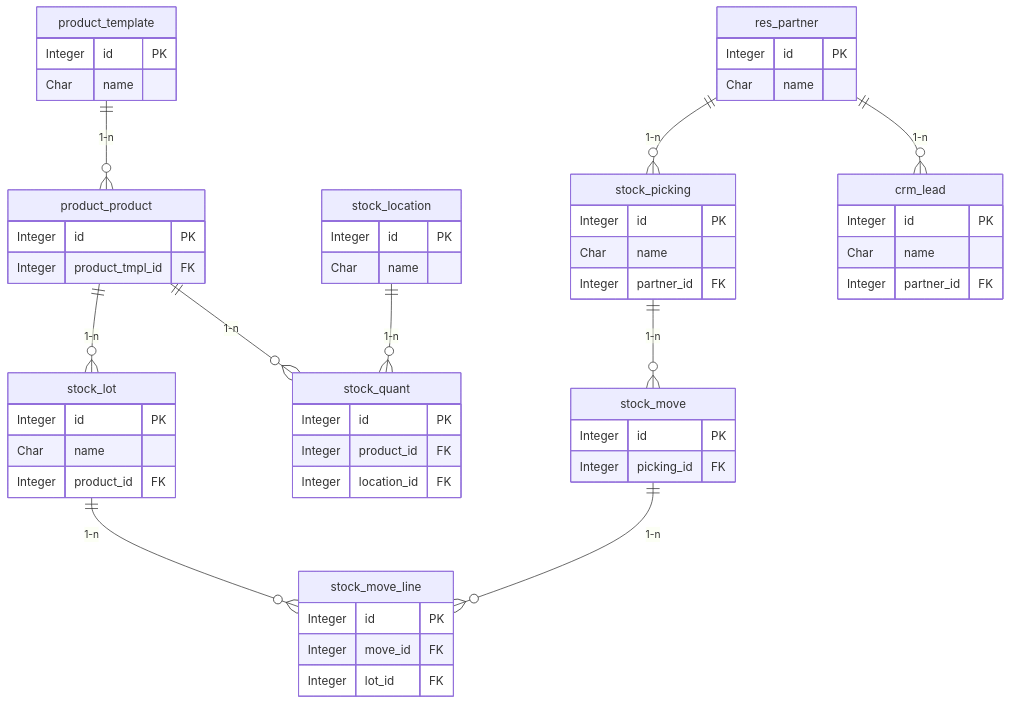
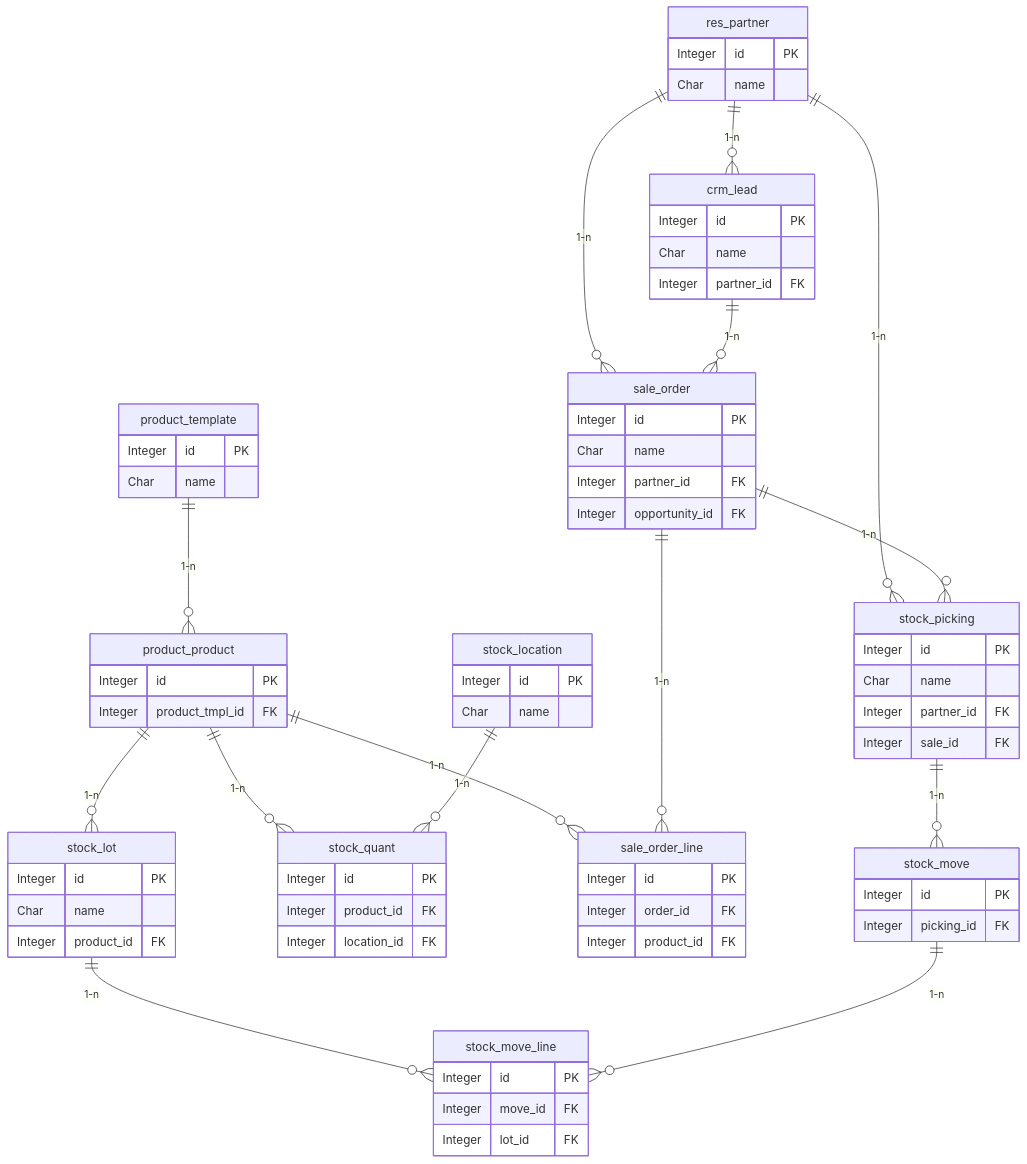
One commit to vophamk23/Odoo_Project changed the first of 2 diagrams in docs/ERD.md. Above: the diagram before and after it, drawn with Mermaid. The commit also changed other lines of this file, not shown here.

Commit message:
docs: bổ sung 2 bảng sale.order và sale.order.line vào ERD và cập nhật sơ đồ Mermaid

````diff
--- a/docs/ERD.md
+++ b/docs/ERD.md
@@ -7,58 +7,75 @@
 ```mermaid
 erDiagram
     product_template ||--o{ product_product : "1-n"
     product_product ||--o{ stock_lot : "1-n"
     product_product ||--o{ stock_quant : "1-n"
+    product_product ||--o{ sale_order_line : "1-n"
     stock_lot ||--o{ stock_move_line : "1-n"
     stock_picking ||--o{ stock_move : "1-n"
     stock_move ||--o{ stock_move_line : "1-n"
     stock_location ||--o{ stock_quant : "1-n"
     res_partner ||--o{ crm_lead : "1-n"
     res_partner ||--o{ stock_picking : "1-n"
+    res_partner ||--o{ sale_order : "1-n"
+    crm_lead ||--o{ sale_order : "1-n"
+    sale_order ||--o{ sale_order_line : "1-n"
+    sale_order ||--o{ stock_picking : "1-n"
 
     product_template {
         Integer id PK
         Char name
     }
     product_product {
         Integer id PK
         Integer product_tmpl_id FK
     }
     stock_lot {
         Integer id PK
         Char name
         Integer product_id FK
     }
     stock_quant {
         Integer id PK
         Integer product_id FK
         Integer location_id FK
     }
     stock_picking {
         Integer id PK
         Char name
         Integer partner_id FK
+        Integer sale_id FK
     }
     stock_move {
         Integer id PK
         Integer picking_id FK
     }
     stock_move_line {
         Integer id PK
         Integer move_id FK
         Integer lot_id FK
     }
     stock_location {
         Integer id PK
         Char name
     }
     res_partner {
         Integer id PK
         Char name
     }
     crm_lead {
         Integer id PK
         Char name
         Integer partner_id FK
     }
+    sale_order {
+        Integer id PK
+        Char name
+        Integer partner_id FK
+        Integer opportunity_id FK
+    }
+    sale_order_line {
+        Integer id PK
+        Integer order_id FK
+        Integer product_id FK
+    }
 ```
````
